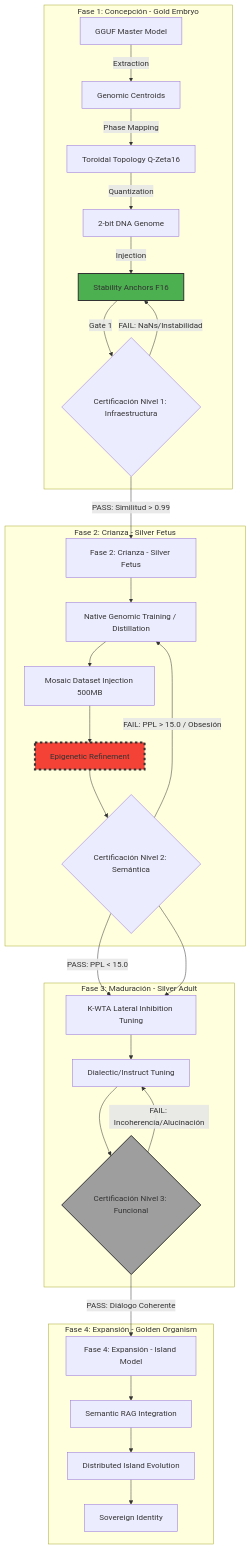
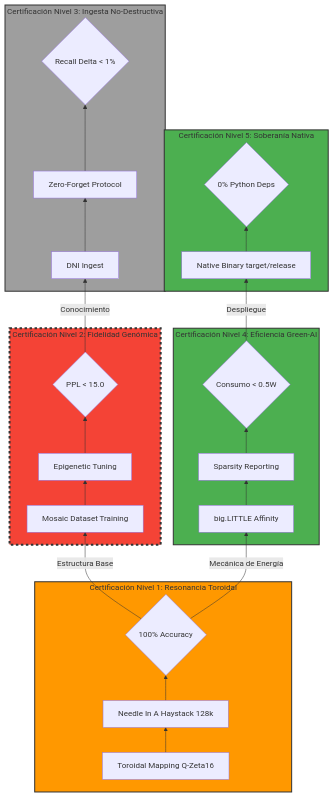
Before and after one commit to erickaguilar/gaje-semantic-compression: the diagram in docs/meta/LIFECYCLE_FLOW.md, drawn with Mermaid. The commit also changed other lines of this file and 1 other file, not shown here.

Commit message:
docs: homologate empirical truth and lifecycle with Official Certification V1.5

````diff
--- a/docs/meta/LIFECYCLE_FLOW.md
+++ b/docs/meta/LIFECYCLE_FLOW.md
@@ -5,49 +5,47 @@
 ```mermaid
-graph TD
-    %% Fase 1: Concepción e Infraestructura
-    subgraph F1 [Fase 1: Concepción - Gold Embryo]
-        A[GGUF Master Model] -->|Extraction| B[Genomic Centroids]
-        B -->|Phase Mapping| C[Toroidal Topology Q-Zeta16]
-        C -->|Quantization| D[2-bit DNA Genome]
-        D -->|Injection| E[Stability Anchors F16]
-        E -->|Gate 1| F{Certificación Nivel 1: Infraestructura}
+graph BT
+    %% Nivel 5: Soberanía
+    subgraph L5 [Certificación Nivel 5: Soberanía Nativa]
+        L5_A[Native Binary target/release] --> L5_B{0% Python Deps}
     end
 
-    F -->|FAIL: NaNs/Instabilidad| E
-    F -->|PASS: Similitud > 0.99| G[Fase 2: Crianza - Silver Fetus]
-
-    %% Fase 2: Crianza y Estabilidad Semántica
-    subgraph F2 [Fase 2: Crianza - Silver Fetus]
-        G --> H[Native Genomic Training / Distillation]
-        H --> I[Mosaic Dataset Injection 500MB]
-        I --> J[Epigenetic Refinement]
-        J --> K{Certificación Nivel 2: Semántica}
+    %% Nivel 4: Eficiencia
+    subgraph L4 [Certificación Nivel 4: Eficiencia Green-AI]
+        L4_A[big.LITTLE Affinity] --> L4_B[Sparsity Reporting]
+        L4_B --> L4_C{Consumo < 0.5W}
     end
 
-    K -->|FAIL: PPL > 15.0 / Obsesión| H
-    K -->|PASS: PPL < 15.0| L[Fase 3: Maduración - Silver Adult]
-
-    %% Fase 3: Maduración y Funcionalidad
-    subgraph F3 [Fase 3: Maduración - Silver Adult]
-        K --> L[K-WTA Lateral Inhibition Tuning]
-        L --> M[Dialectic/Instruct Tuning]
-        M --> N{Certificación Nivel 3: Funcional}
+    %% Nivel 3: Ingesta
+    subgraph L3 [Certificación Nivel 3: Ingesta No-Destructiva]
+        L3_A[DNI Ingest] --> L3_B[Zero-Forget Protocol]
+        L3_B --> L3_C{Recall Delta < 1%}
     end
 
-    N -->|FAIL: Incoherencia/Alucinación| M
-    N -->|PASS: Diálogo Coherente| O[Fase 4: Expansión - Island Model]
-
-    %% Fase 4: Expansión
-    subgraph F4 [Fase 4: Expansión - Golden Organism]
-        O --> P[Semantic RAG Integration]
-        P --> Q[Distributed Island Evolution]
-        Q --> R[Sovereign Identity]
+    %% Nivel 2: Fidelidad
+    subgraph L2 [Certificación Nivel 2: Fidelidad Genómica]
+        L2_A[Mosaic Dataset Training] --> L2_B[Epigenetic Tuning]
+        L2_B --> L2_C{PPL < 15.0}
     end
 
-    %% Notas de Realidad (Estado Actual)
-    style E fill:#4CAF50,stroke:#333,stroke-width:2px
-    style J fill:#f44336,stroke:#333,stroke-width:4px,stroke-dasharray: 5 5
-    style N fill:#9e9e9e,stroke:#333,stroke-width:2px
-    
-    click J "docs/meta/EMPIRICAL_TRUTH_STATE.md" "Estado de Bloqueo Actual"
+    %% Nivel 1: Resonancia
+    subgraph L1 [Certificación Nivel 1: Resonancia Toroidal]
+        L1_A[Toroidal Mapping Q-Zeta16] --> L1_B[Needle In A Haystack 128k]
+        L1_B --> L1_C{100% Accuracy}
+    end
+
+    %% Relaciones de Dependencia
+    L1_C -->|Estructura Base| L2_A
+    L2_C -->|Conocimiento| L3_A
+    L1_C -->|Mecánica de Energía| L4_A
+    L4_C -->|Despliegue| L5_A
+
+    %% Estados Actuales (Colores)
+    style L5 fill:#4CAF50,stroke:#333,stroke-width:2px
+    style L4 fill:#4CAF50,stroke:#333,stroke-width:2px
+    style L1 fill:#ff9800,stroke:#333,stroke-width:2px
+    style L2 fill:#f44336,stroke:#333,stroke-width:4px,stroke-dasharray: 5 5
+    style L3 fill:#9e9e9e,stroke:#333,stroke-width:2px
+
+    %% Notas de Bloqueo
+    click L2 "docs/meta/EMPIRICAL_TRUTH_STATE.md" "BLOQUEO SEMÁNTICO ACTUAL"
 ```
````
